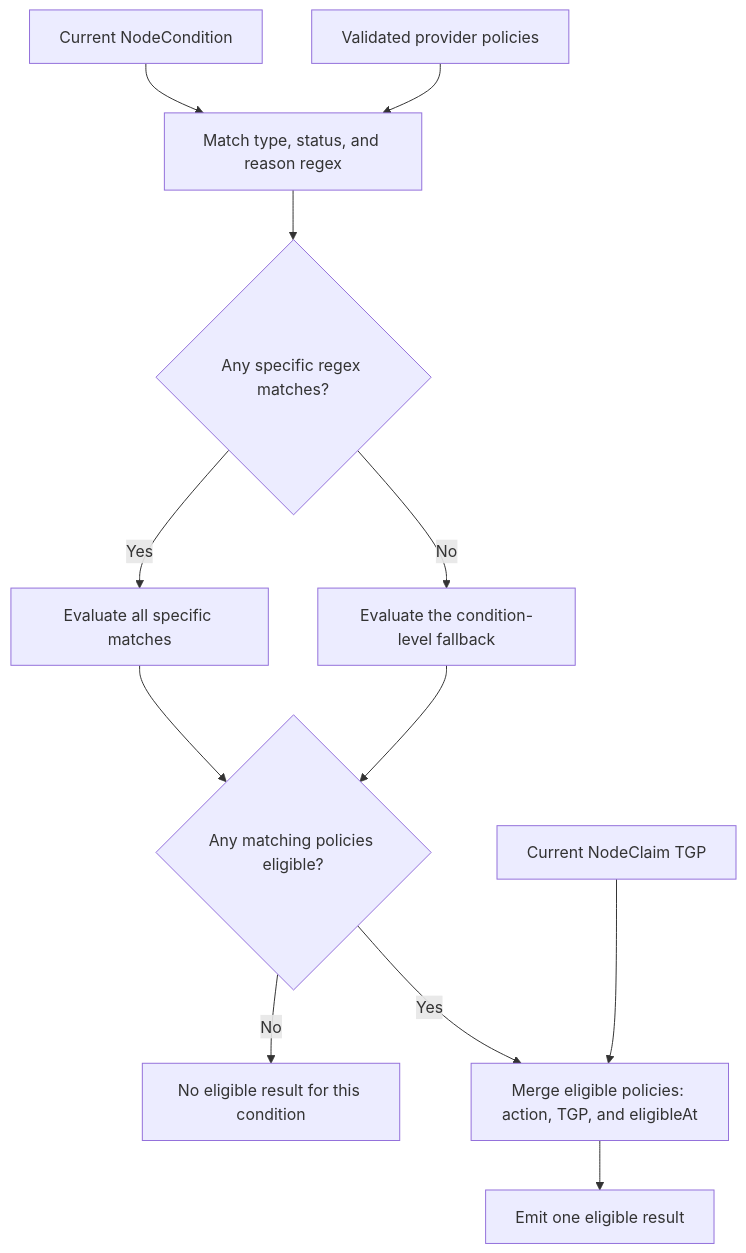
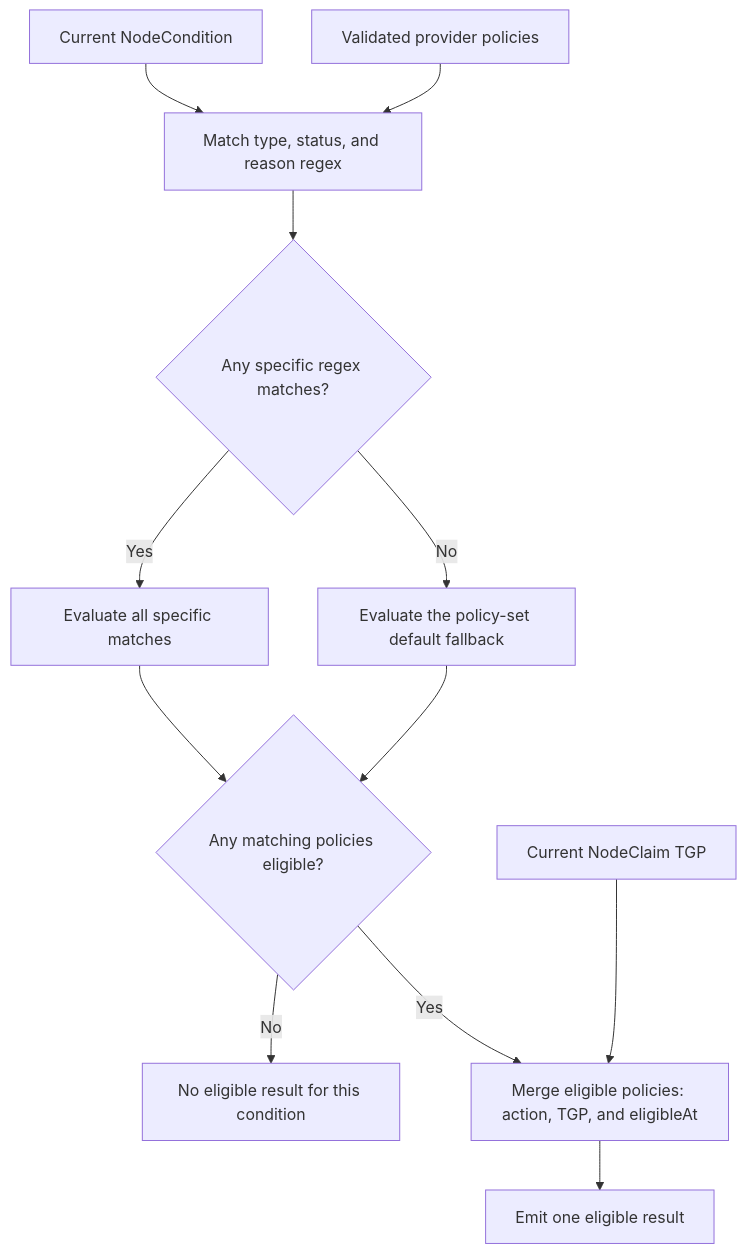
Before and after one commit to kubernetes-sigs/karpenter: the diagram in designs/reason-aware-repair-policy-matching.md, drawn with Mermaid. The commit also changed other lines of this file, not shown here.

Commit message:
docs: use one default repair fallback

````diff
--- a/designs/reason-aware-repair-policy-matching.md
+++ b/designs/reason-aware-repair-policy-matching.md
@@ -307,14 +313,14 @@
 ```mermaid
 flowchart TD
     C["Current NodeCondition"] --> M["Match type, status, and reason regex"]
     P["Validated provider policies"] --> M
     M --> S{"Any specific regex matches?"}
     S -->|Yes| E["Evaluate all specific matches"]
-    S -->|No| F["Evaluate the condition-level fallback"]
+    S -->|No| F["Evaluate the policy-set default fallback"]
     E --> W{"Any matching policies eligible?"}
     F --> W
     W -->|No| N["No eligible result for this condition"]
     W -->|Yes| G["Merge eligible policies: action, TGP, and eligibleAt"]
     NC["Current NodeClaim TGP"] --> G
     G --> O["Emit one eligible result"]
 ```
````
